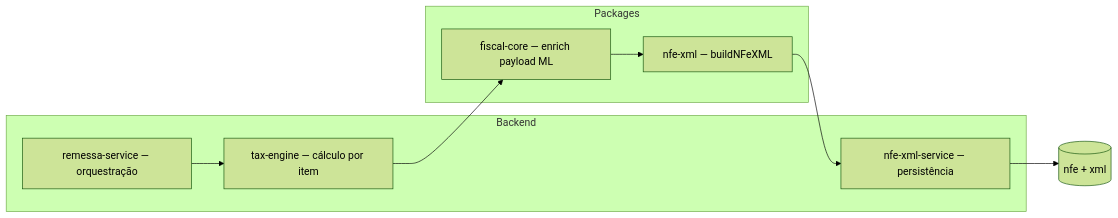
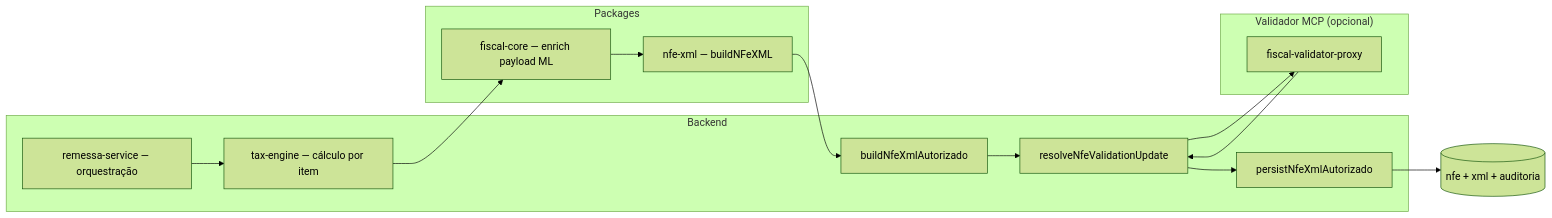
The fifth of 15 diagrams in README.md (Matheus-santos7/MSimulation-XML), drawn with Mermaid (forest theme) before and after one commit. The commit also changed other lines of this file, not shown here.

First line of the commit message:
feat(docs): update README to include MCP fiscal validator details and architecture

````diff
--- a/README.md
+++ b/README.md
@@ -437,19 +442,29 @@
 ```mermaid
 flowchart LR
   subgraph Backend
     TE[tax-engine — cálculo por item]
     RS[remessa-service — orquestração]
-    PERSIST[nfe-xml-service — persistência]
+    BUILD[buildNfeXmlAutorizado]
+    VAL[resolveNfeValidationUpdate]
+    PERSIST[persistNfeXmlAutorizado]
   end
 
   subgraph Packages
     FC[fiscal-core — enrich payload ML]
     NX[nfe-xml — buildNFeXML]
   end
 
+  subgraph MCP["Validador MCP (opcional)"]
+    PROXY[fiscal-validator-proxy]
+  end
+
   RS --> TE
   TE --> FC
   FC --> NX
-  NX --> PERSIST
-  PERSIST --> DB[(nfe + xml)]
+  NX --> BUILD
+  BUILD --> VAL
+  VAL --> PROXY
+  PROXY --> VAL
+  VAL --> PERSIST
+  PERSIST --> DB[(nfe + xml + auditoria)]
 ```
````
